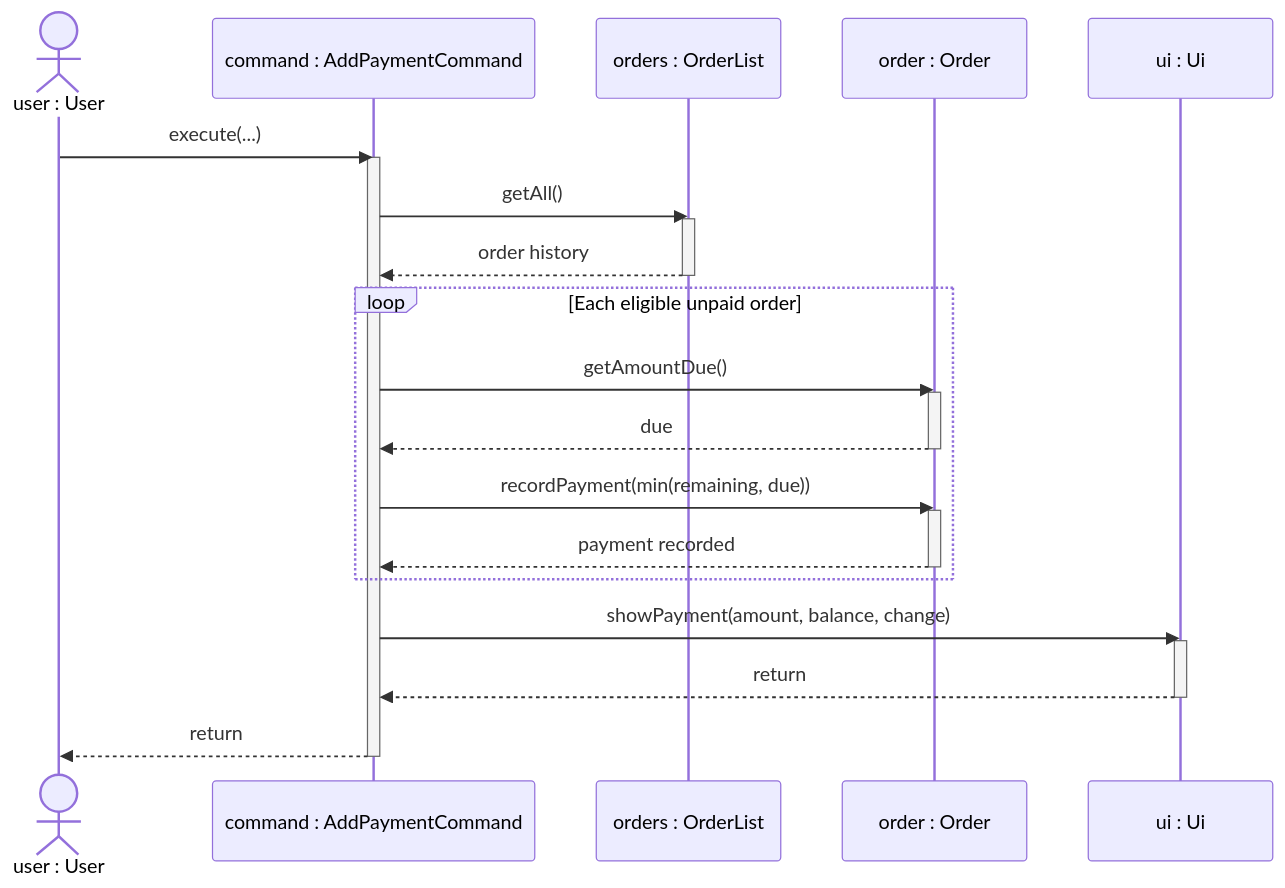
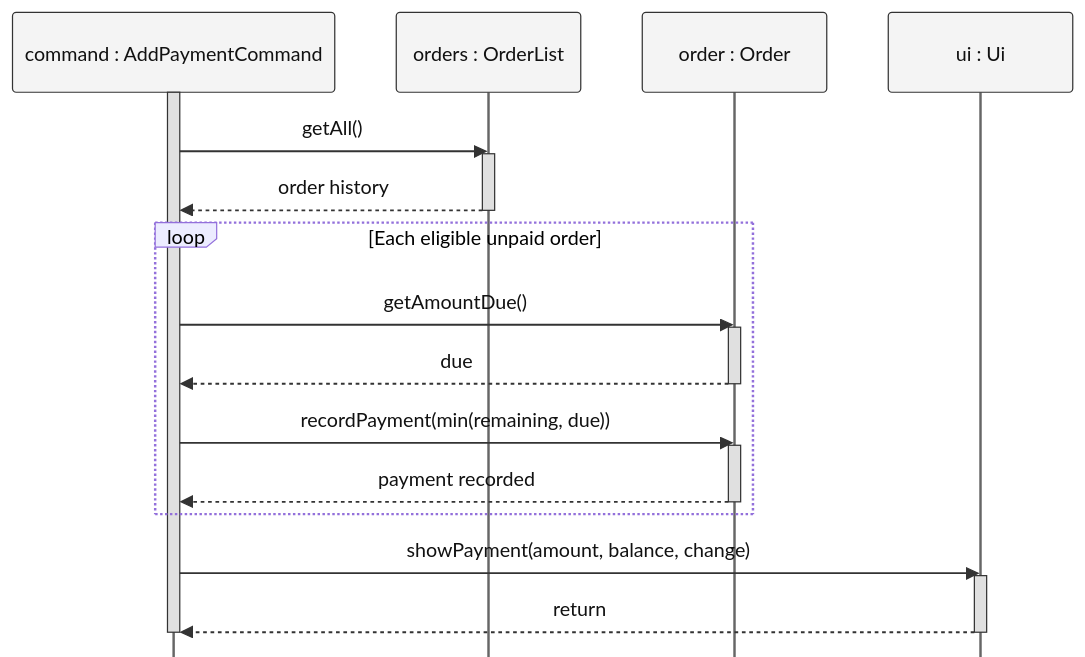
The diagram in docs/diagrams/customer-payment.mmd (AY2627S1-CS2113-T11-1/tp), drawn with Mermaid before and after one commit. The commit also changed 7 other files, not shown here.

First line of the commit message:
docs: standardize expense sequence diagrams

```diff
--- a/docs/diagrams/customer-payment.mmd
+++ b/docs/diagrams/customer-payment.mmd
@@ -1,30 +1,27 @@
-%%{init: {"themeCSS": ".loopLine { stroke-dasharray: none !important; }"}}%%
+%%{init: {"sequence": {"mirrorActors": false}, "themeCSS": ".actor-line { stroke-dasharray: 4 4; } .loopLine { stroke-dasharray: none !important; }", "themeVariables": {"actorBkg": "#f4f4f4", "actorBorder": "#333333", "actorTextColor": "#111111", "actorLineColor": "#666666", "signalColor": "#333333", "signalTextColor": "#111111", "activationBkgColor": "#e0e0e0", "activationBorderColor": "#333333"}}}%%
 sequenceDiagram
     %% Partial payments are allocated across eligible orders in creation order.
-    actor D as user : User
     participant C as command : AddPaymentCommand
     participant L as orders : OrderList
     participant O as order : Order
     participant U as ui : Ui
-    D->>C: execute(...)
     activate C
     C->>L: getAll()
     activate L
     L-->>C: order history
     deactivate L
     loop Each eligible unpaid order
         C->>O: getAmountDue()
         activate O
         O-->>C: due
         deactivate O
         C->>O: recordPayment(min(remaining, due))
         activate O
         O-->>C: payment recorded
         deactivate O
     end
     C->>U: showPayment(amount, balance, change)
     activate U
     U-->>C: return
     deactivate U
-    C-->>D: return
     deactivate C
```
